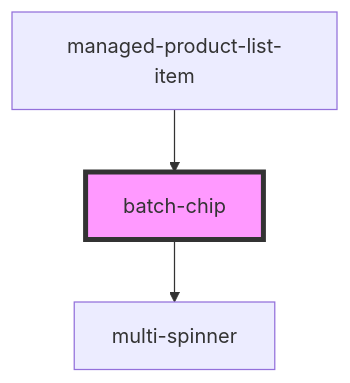
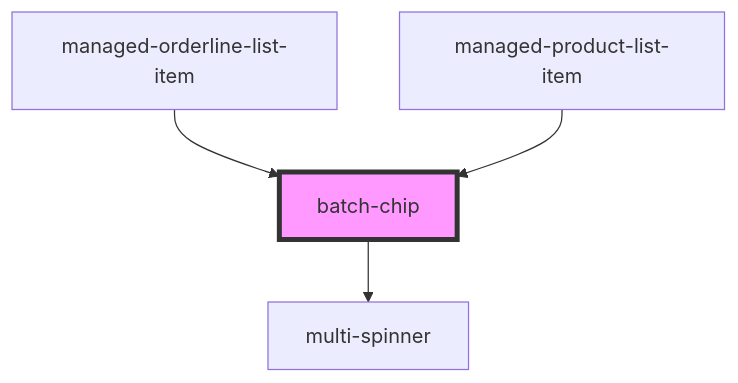
One commit to PharmaLedger-IMI/fgt-workspace changed the diagram in pdm-web-components/src/components/batch-chip/readme.md. Above: the diagram before and after it, drawn with Mermaid. The commit also changed other lines of this file and 15 other files, not shown here.

````diff
--- a/pdm-web-components/src/components/batch-chip/readme.md
+++ b/pdm-web-components/src/components/batch-chip/readme.md
@@ -30,6 +31,7 @@
 ```mermaid
 graph TD;
   batch-chip --> multi-spinner
+  managed-orderline-list-item --> batch-chip
   managed-product-list-item --> batch-chip
   style batch-chip fill:#f9f,stroke:#333,stroke-width:4px
 ```
````
